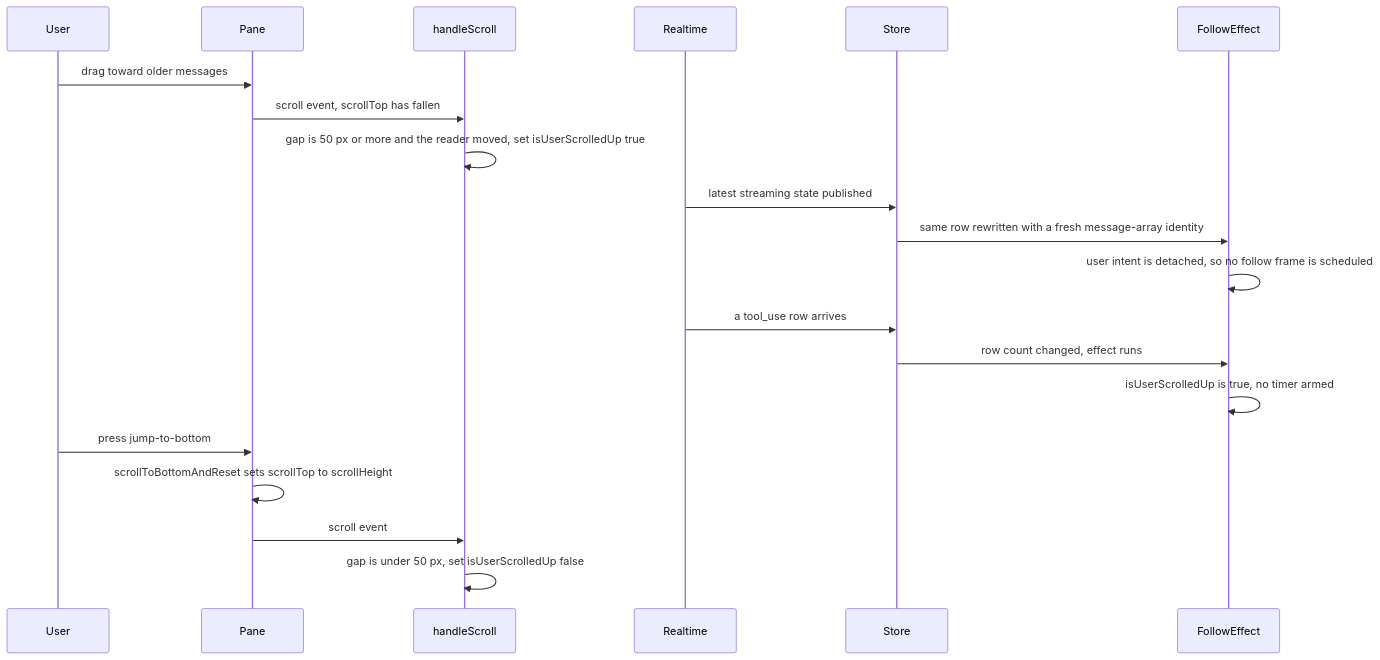
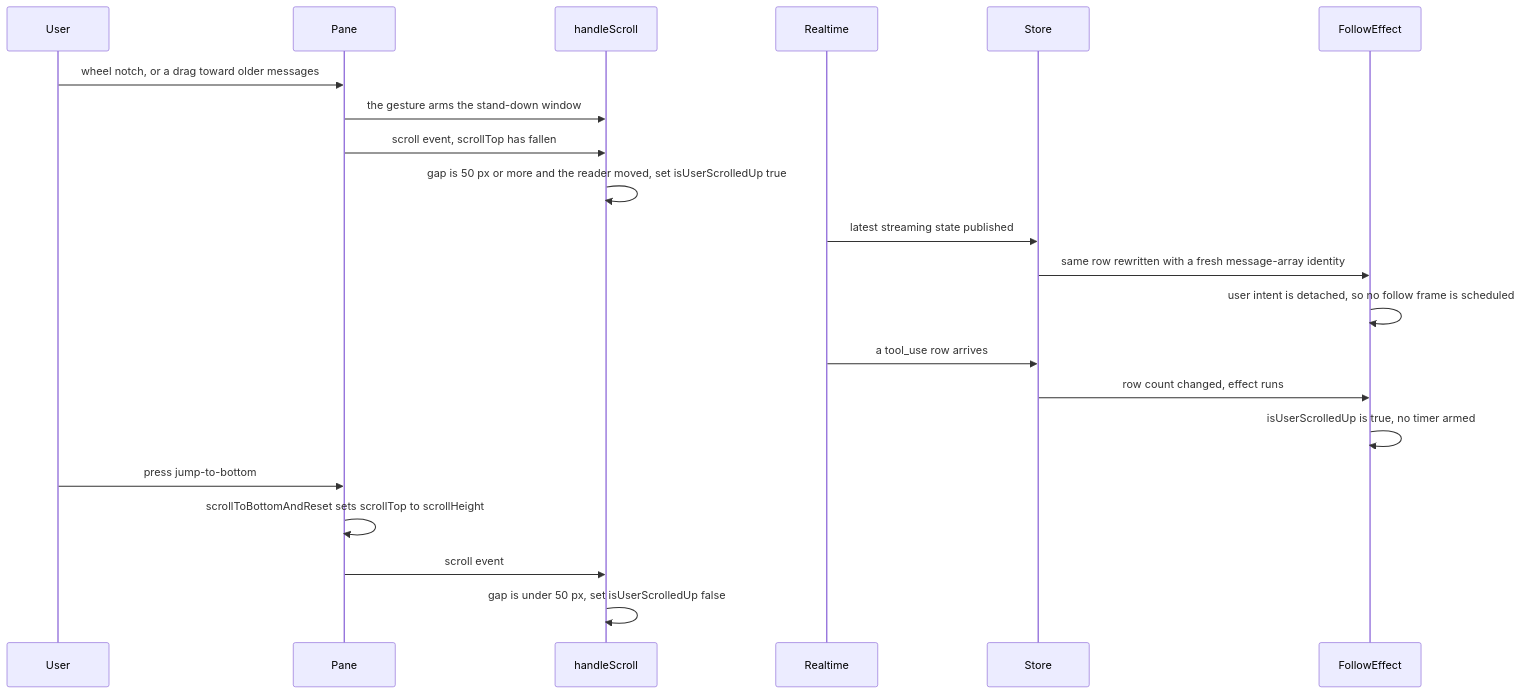
The fourth of 5 diagrams in docs/architecture/05-scrolling.md (selierlin/cloudcli), drawn with Mermaid before and after one commit. The commit also changed other lines of this file and 2 other files, not shown here.

````diff
--- a/docs/architecture/05-scrolling.md
+++ b/docs/architecture/05-scrolling.md
@@ -239,23 +259,24 @@
 ```mermaid
 sequenceDiagram
     participant U as User
     participant P as Pane
     participant H as handleScroll
     participant W as Realtime
     participant S as Store
     participant E as FollowEffect
 
-    U->>P: drag toward older messages
+    U->>P: wheel notch, or a drag toward older messages
+    P->>H: the gesture arms the stand-down window
     P->>H: scroll event, scrollTop has fallen
     H->>H: gap is 50 px or more and the reader moved, set isUserScrolledUp true
     W->>S: latest streaming state published
     S->>E: same row rewritten with a fresh message-array identity
     E->>E: user intent is detached, so no follow frame is scheduled
     W->>S: a tool_use row arrives
     S->>E: row count changed, effect runs
     E->>E: isUserScrolledUp is true, no timer armed
     U->>P: press jump-to-bottom
     P->>P: scrollToBottomAndReset sets scrollTop to scrollHeight
     P->>H: scroll event
     H->>H: gap is under 50 px, set isUserScrolledUp false
 ```
````
